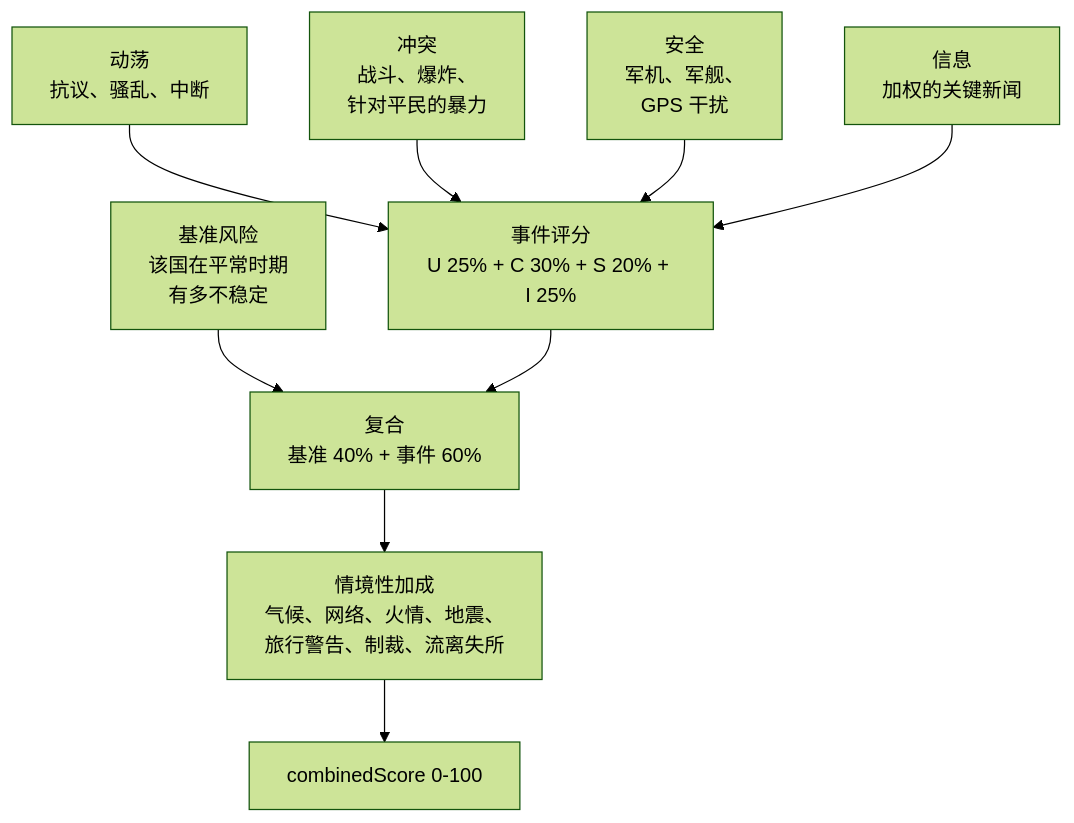
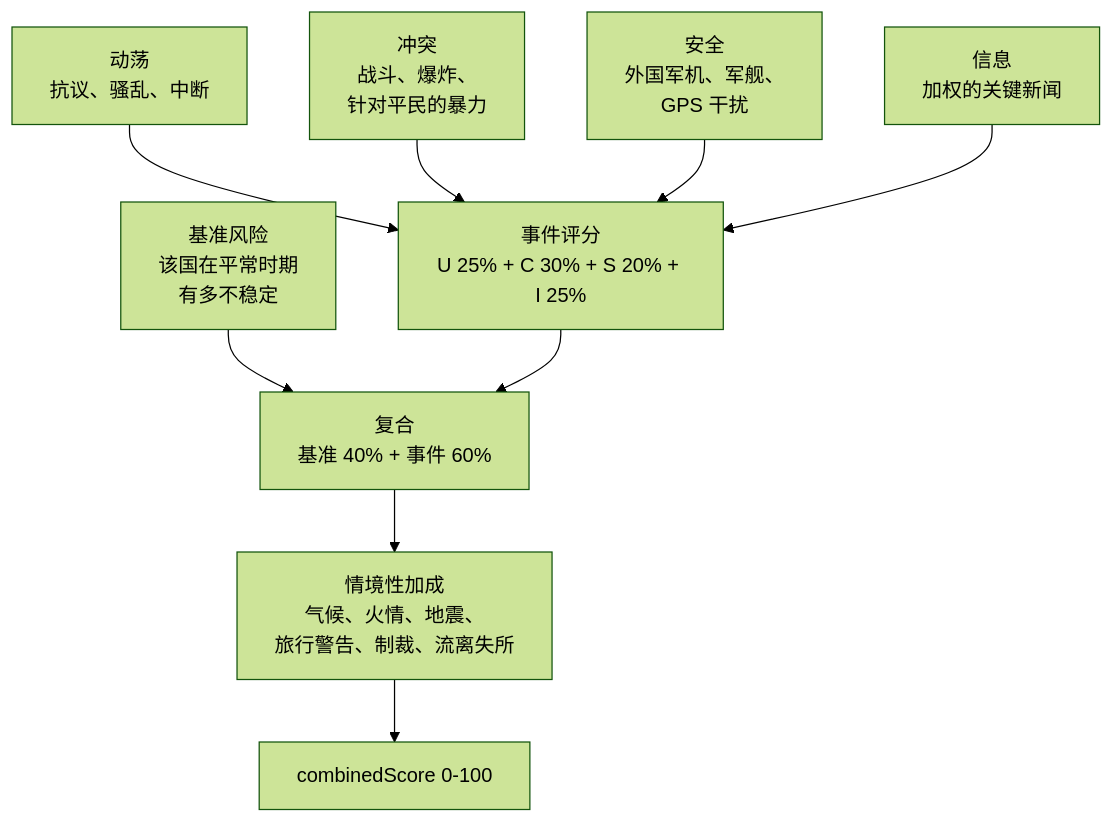
Before and after one commit to koala73/worldmonitor: the diagram in docs/zh/methodology/cii-risk-scores.mdx, drawn with Mermaid (forest theme). The commit also changed other lines of this file and 71 other files, not shown here.

````diff
--- a/docs/zh/methodology/cii-risk-scores.mdx
+++ b/docs/zh/methodology/cii-risk-scores.mdx
@@ -32,11 +32,11 @@
 ```mermaid
 flowchart TD
   U["动荡<br/>抗议、骚乱、中断"] --> E["事件评分<br/>U 25% + C 30% + S 20% + I 25%"]
   C["冲突<br/>战斗、爆炸、<br/>针对平民的暴力"] --> E
-  S["安全<br/>军机、军舰、<br/>GPS 干扰"] --> E
+  S["安全<br/>外国军机、军舰、<br/>GPS 干扰"] --> E
   I["信息<br/>加权的关键新闻"] --> E
   B["基准风险<br/>该国在平常时期<br/>有多不稳定"] --> M["复合<br/>基准 40% + 事件 60%"]
   E --> M
-  M --> X["情境性加成<br/>气候、网络、火情、地震、<br/>旅行警告、制裁、流离失所"]
+  M --> X["情境性加成<br/>气候、火情、地震、<br/>旅行警告、制裁、流离失所"]
   X --> R["combinedScore 0-100"]
 ```
````
